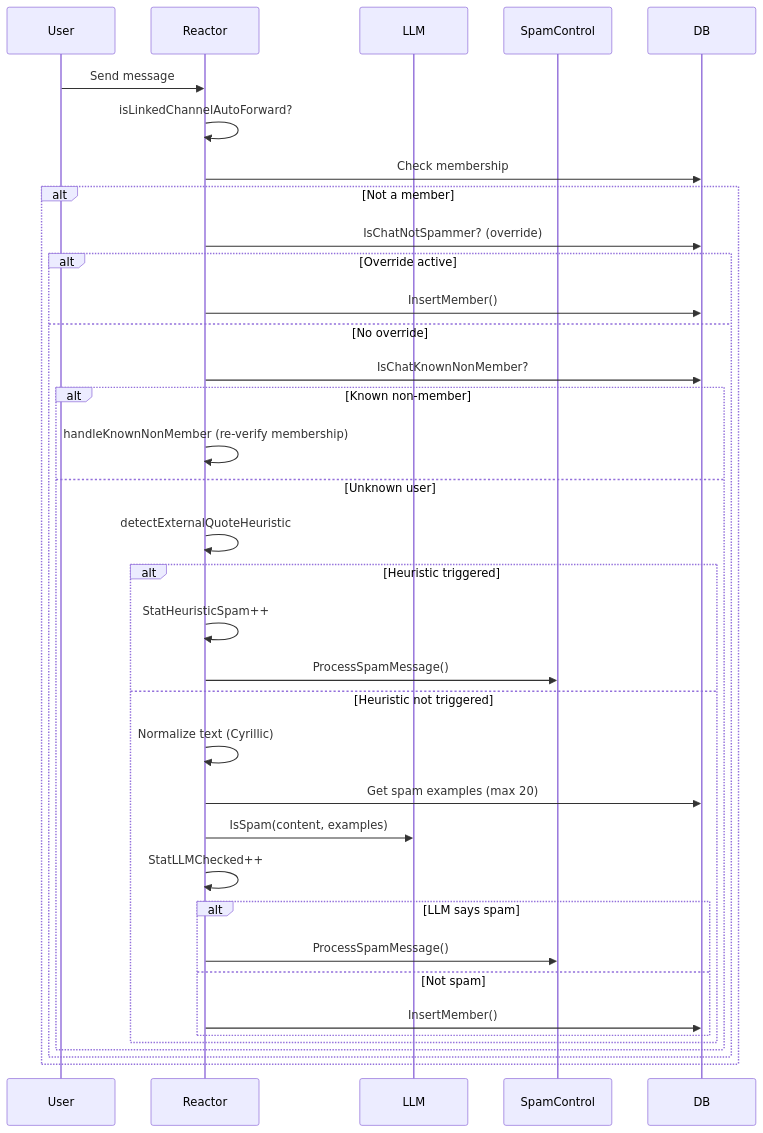
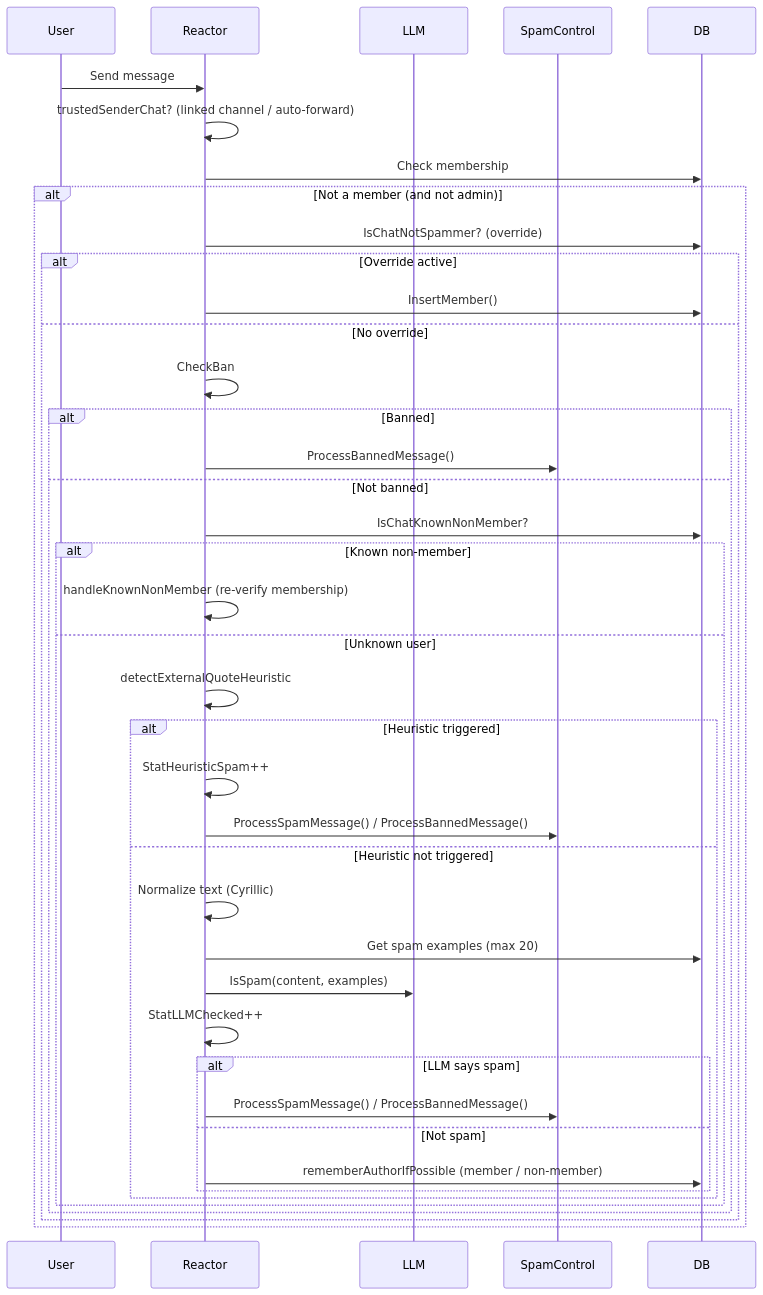
One commit to iamwavecut/ngbot changed the eighth of 11 diagrams in docs/CODEBASE_MAP.md. Above: the diagram before and after it, drawn with Mermaid. The commit also changed other lines of this file and 106 other files, not shown here.

````diff
--- a/docs/CODEBASE_MAP.md
+++ b/docs/CODEBASE_MAP.md
@@ -879,44 +921,50 @@
 ```mermaid
 sequenceDiagram
     participant User
     participant Reactor
     participant LLM
     participant SpamControl
     participant DB
 
     User->>Reactor: Send message
-    Reactor->>Reactor: isLinkedChannelAutoForward?
+    Reactor->>Reactor: trustedSenderChat? (linked channel / auto-forward)
     Reactor->>DB: Check membership
 
-    alt Not a member
+    alt Not a member (and not admin)
         Reactor->>DB: IsChatNotSpammer? (override)
 
         alt Override active
             Reactor->>DB: InsertMember()
         else No override
-            Reactor->>DB: IsChatKnownNonMember?
+            Reactor->>Reactor: CheckBan
 
-            alt Known non-member
-                Reactor->>Reactor: handleKnownNonMember (re-verify membership)
-            else Unknown user
-                Reactor->>Reactor: detectExternalQuoteHeuristic
+            alt Banned
+                Reactor->>SpamControl: ProcessBannedMessage()
+            else Not banned
+                Reactor->>DB: IsChatKnownNonMember?
 
-                alt Heuristic triggered
-                    Reactor->>Reactor: StatHeuristicSpam++
-                    Reactor->>SpamControl: ProcessSpamMessage()
-                else Heuristic not triggered
-                    Reactor->>Reactor: Normalize text (Cyrillic)
-                    Reactor->>DB: Get spam examples (max 20)
-                    Reactor->>LLM: IsSpam(content, examples)
-                    Reactor->>Reactor: StatLLMChecked++
+                alt Known non-member
+                    Reactor->>Reactor: handleKnownNonMember (re-verify membership)
+                else Unknown user
+                    Reactor->>Reactor: detectExternalQuoteHeuristic
 
-                    alt LLM says spam
-                        Reactor->>SpamControl: ProcessSpamMessage()
-                    else Not spam
-                        Reactor->>DB: InsertMember()
+                    alt Heuristic triggered
+                        Reactor->>Reactor: StatHeuristicSpam++
+                        Reactor->>SpamControl: ProcessSpamMessage() / ProcessBannedMessage()
+                    else Heuristic not triggered
+                        Reactor->>Reactor: Normalize text (Cyrillic)
+                        Reactor->>DB: Get spam examples (max 20)
+                        Reactor->>LLM: IsSpam(content, examples)
+                        Reactor->>Reactor: StatLLMChecked++
+
+                        alt LLM says spam
+                            Reactor->>SpamControl: ProcessSpamMessage() / ProcessBannedMessage()
+                        else Not spam
+                            Reactor->>DB: rememberAuthorIfPossible (member / non-member)
+                        end
                     end
                 end
             end
         end
     end
 ```
````
